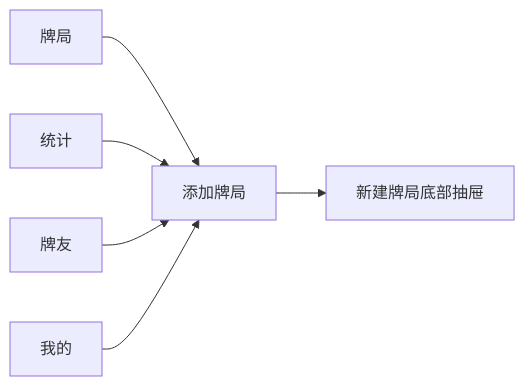
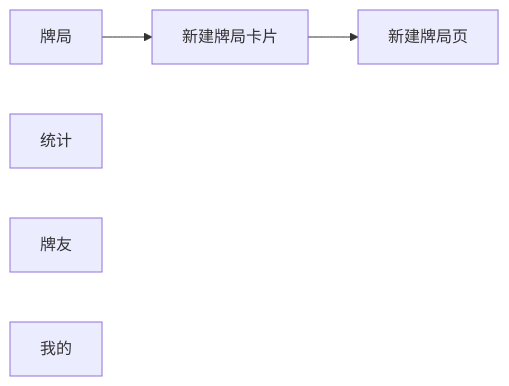
Before and after one commit to wrc99817/MahjongApp: the first of 5 diagrams in prototype/PROTOTYPE_DEV_SPEC.md, drawn with Mermaid. The commit also changed other lines of this file and 12 other files, not shown here.

````diff
--- a/prototype/PROTOTYPE_DEV_SPEC.md
+++ b/prototype/PROTOTYPE_DEV_SPEC.md
@@ -50,8 +56,9 @@
 ```mermaid
 flowchart LR
-  Game["牌局"] --> Add["添加牌局"]
-  Stats["统计"] --> Add
-  Friends["牌友"] --> Add
-  Mine["我的"] --> Add
-  Add --> CreateDrawer["新建牌局底部抽屉"]
+  Game["牌局"]
+  Stats["统计"]
+  Friends["牌友"]
+  Mine["我的"]
+  Game --> EmptyCard["新建牌局卡片"]
+  EmptyCard --> CreatePage["新建牌局页"]
 ```
````
